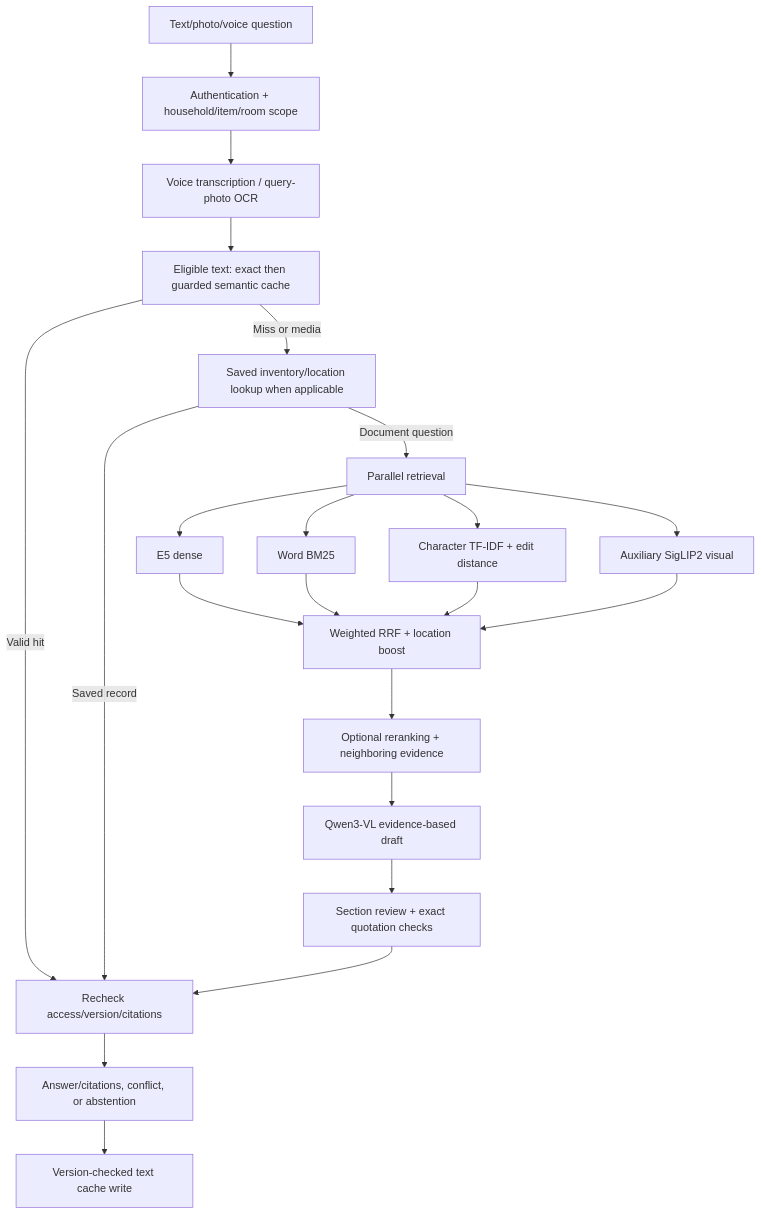
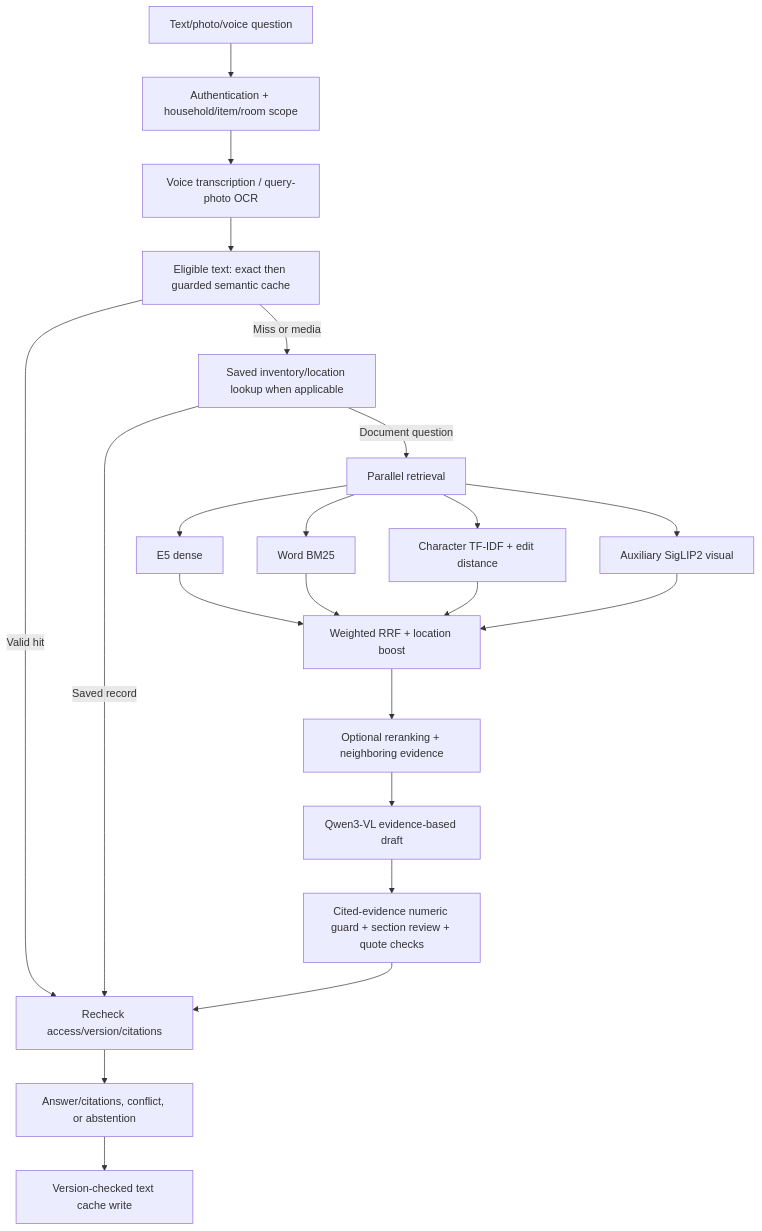
One commit to RahulAdyaa/HomeAtlas changed the fourth of 4 diagrams in README.md. Above: the diagram before and after it, drawn with Mermaid. The commit also changed other lines of this file and 1 other file, not shown here.

Commit message:
docs: explain cited-evidence review and numeric guard limits

````diff
--- a/README.md
+++ b/README.md
@@ -345,24 +348,24 @@
 ```mermaid
 flowchart TD
     Q[Text/photo/voice question] --> Scope[Authentication + household/item/room scope]
     Scope --> Prep[Voice transcription / query-photo OCR]
     Prep --> Cache[Eligible text: exact then guarded semantic cache]
     Cache -->|Valid hit| Check[Recheck access/version/citations]
     Cache -->|Miss or media| Facts[Saved inventory/location lookup when applicable]
     Facts -->|Saved record| Check
     Facts -->|Document question| Parallel[Parallel retrieval]
     Parallel --> Dense[E5 dense]
     Parallel --> Word[Word BM25]
     Parallel --> Fuzzy[Character TF-IDF + edit distance]
     Parallel --> Visual[Auxiliary SigLIP2 visual]
     Dense --> RRF[Weighted RRF + location boost]
     Word --> RRF
     Fuzzy --> RRF
     Visual --> RRF
     RRF --> Rank[Optional reranking + neighboring evidence]
     Rank --> Generate[Qwen3-VL evidence-based draft]
-    Generate --> Review[Section review + exact quotation checks]
+    Generate --> Review[Cited-evidence numeric guard + section review + quote checks]
     Review --> Check
     Check --> Answer[Answer/citations, conflict, or abstention]
     Answer --> Store[Version-checked text cache write]
 ```
````
